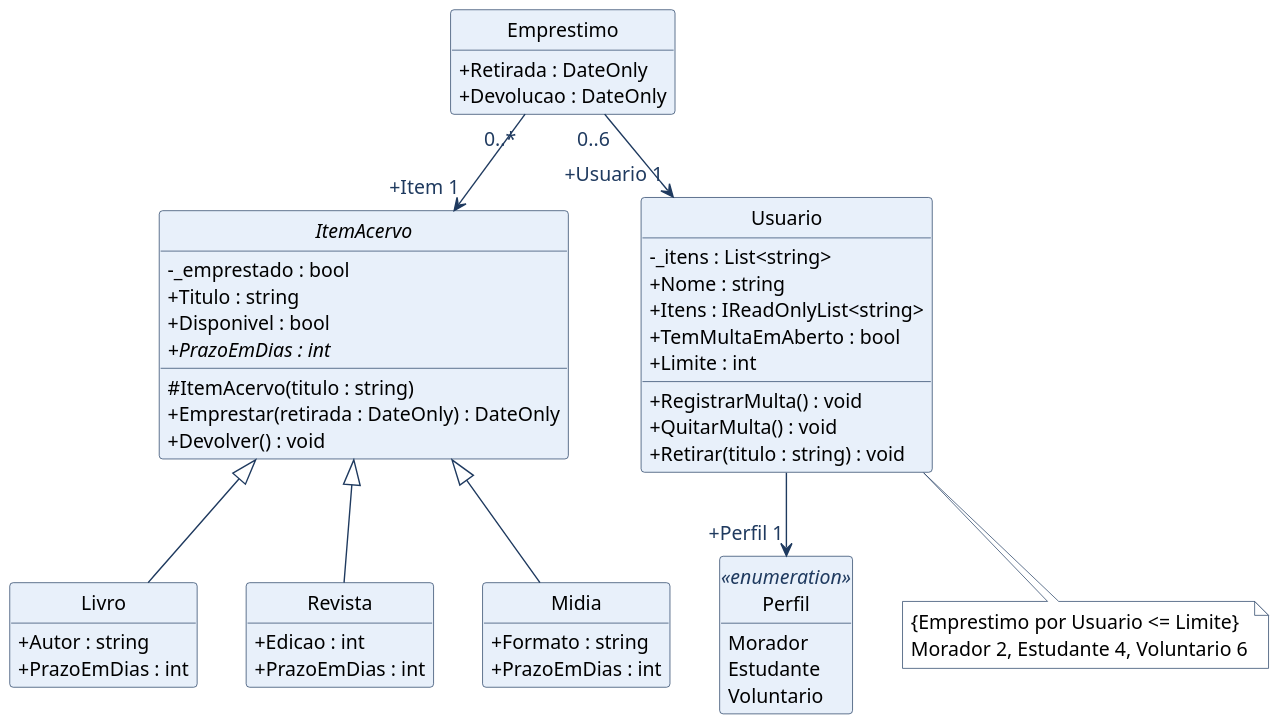
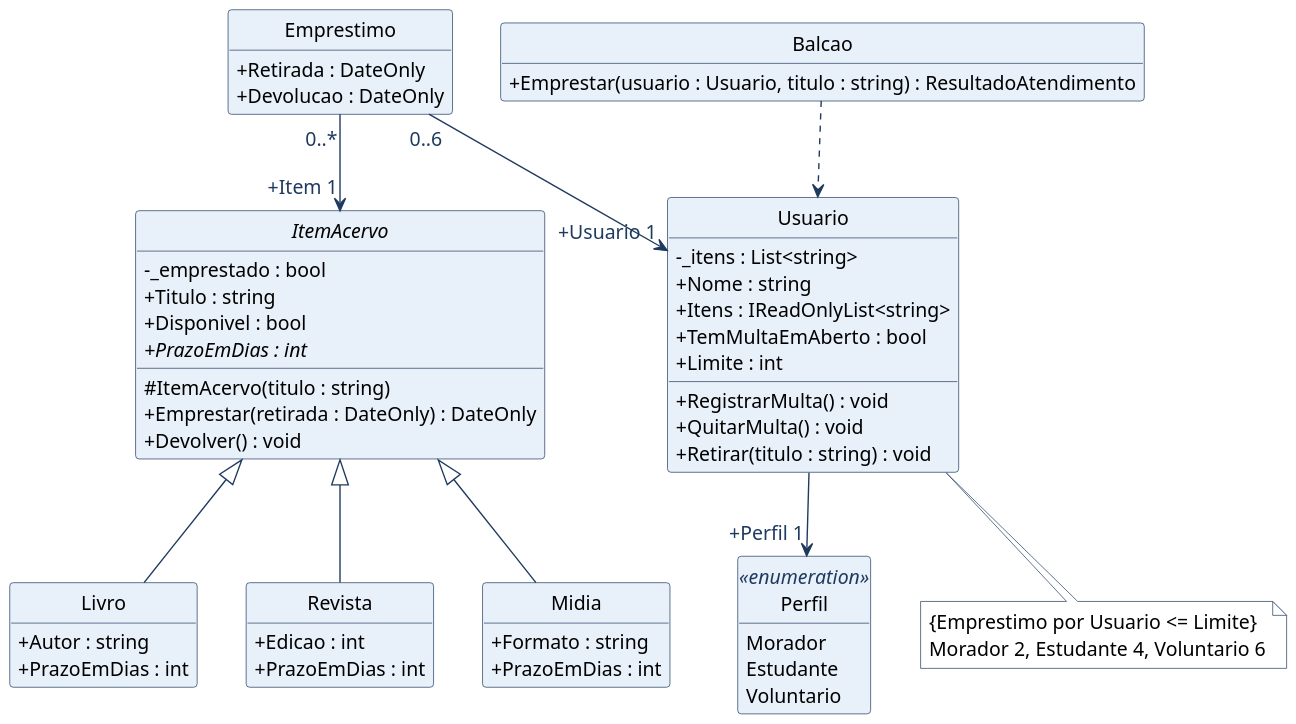
The diagram in topico-06-classes-e-objetos/classes.puml (josercf/uninove-2026-2-ead-modelagem-oo), drawn with PlantUML before and after one commit. The commit also changed 2 other files, not shown here.

Commit message:
feat: Balcao no diagrama de classes, ligado a Usuario por dependência
A aula 05 anunciou Usuario e Balcao desenhados no tópico 06. Balcao recebe
um Usuario como parâmetro de Emprestar e não guarda referência, e por isso
entra com seta tracejada de dependência. O teste dos membros procura tipos
também no assembly do tópico 05.

```diff
--- a/topico-06-classes-e-objetos/classes.puml
+++ b/topico-06-classes-e-objetos/classes.puml
@@ -1,84 +1,92 @@
 @startuml
 ' Diagrama de classes da Biblioteca Comunitária, tópico 06.
+' Reúne as classes dos tópicos 03, 04 e 05 e a classe Emprestimo do tópico 06.
 ' O teste DiagramaDeClassesTests confere cada membro abaixo contra o código C#.
 ' Visibilidade: + público, - privado, # protegido.
 skinparam backgroundColor white
 skinparam dpi 150
 skinparam defaultFontName Arial
 skinparam defaultFontSize 14
 skinparam shadowing false
 skinparam classAttributeIconSize 0
 skinparam ArrowColor #1F3A5F
 skinparam ArrowFontColor #1F3A5F
 skinparam ClassBorderColor #1F3A5F
 skinparam ClassBackgroundColor #E8F0FA
 skinparam ClassFontColor #000000
 skinparam ClassAttributeFontColor #000000
 skinparam ClassStereotypeFontColor #1F3A5F
 skinparam NoteBorderColor #1F3A5F
 skinparam NoteBackgroundColor #FFFFFF
 skinparam NoteFontColor #000000
 hide circle
 hide empty members
 
 abstract class ItemAcervo {
   -_emprestado : bool
   +Titulo : string
   +Disponivel : bool
   +{abstract} PrazoEmDias : int
   #ItemAcervo(titulo : string)
   +Emprestar(retirada : DateOnly) : DateOnly
   +Devolver() : void
 }
 
 class Livro {
   +Autor : string
   +PrazoEmDias : int
 }
 
 class Revista {
   +Edicao : int
   +PrazoEmDias : int
 }
 
 class Midia {
   +Formato : string
   +PrazoEmDias : int
 }
 
 class Usuario {
   -_itens : List<string>
   +Nome : string
   +Itens : IReadOnlyList<string>
   +TemMultaEmAberto : bool
   +Limite : int
   +RegistrarMulta() : void
   +QuitarMulta() : void
   +Retirar(titulo : string) : void
 }
 
 enum Perfil <<enumeration>> {
   Morador
   Estudante
   Voluntario
 }
 
+class Balcao {
+  +Emprestar(usuario : Usuario, titulo : string) : ResultadoAtendimento
+}
+
 class Emprestimo {
   +Retirada : DateOnly
   +Devolucao : DateOnly
 }
 
 ItemAcervo <|-- Livro
 ItemAcervo <|-- Revista
 ItemAcervo <|-- Midia
 
 ' Associação: a ponta da seta traz o nome do papel, com visibilidade, e a multiplicidade.
 Emprestimo "0..6" --> "+Usuario 1" Usuario
 Emprestimo "0..*" --> "+Item 1" ItemAcervo
 Usuario --> "+Perfil 1" Perfil
 
+' Dependência: Balcao recebe um Usuario como parâmetro e não guarda referência a ele.
+Balcao ..> Usuario
+
 note bottom of Usuario
   {Emprestimo por Usuario <= Limite}
   Morador 2, Estudante 4, Voluntario 6
 end note
 @enduml
```
